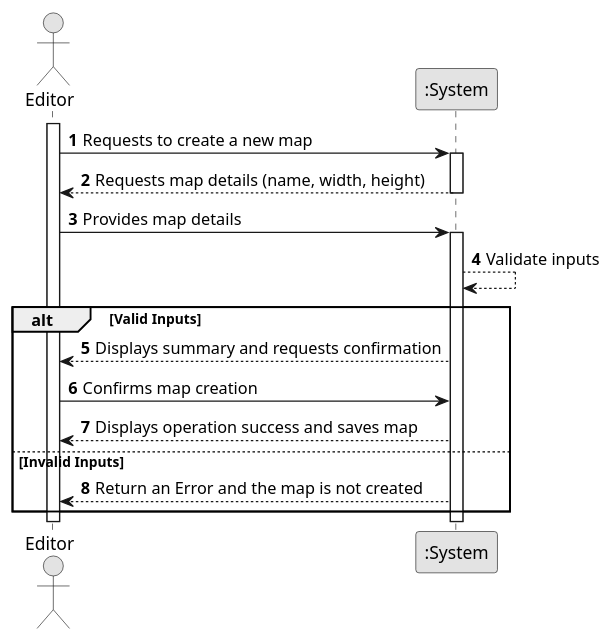
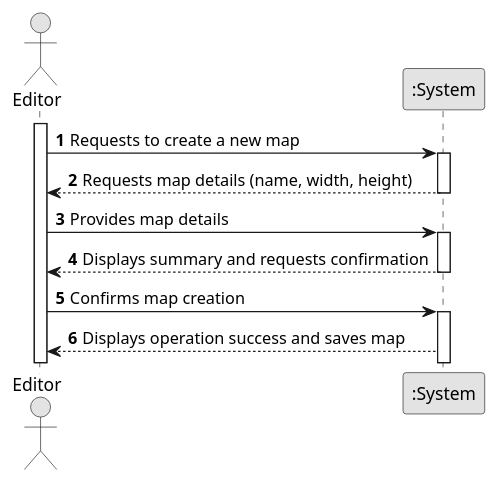
Before and after one commit to tomas-reis/sem2-pi-24.25-g153-repo: the diagram in docs/system-documentation/US/Sprint1/US001/01.requirements-engineering/puml/US001-SSD.puml, drawn with PlantUML. The commit also changed 3 other files, not shown here.

```diff
--- a/docs/system-documentation/US/Sprint1/US001/01.requirements-engineering/puml/US001-SSD.puml
+++ b/docs/system-documentation/US/Sprint1/US001/01.requirements-engineering/puml/US001-SSD.puml
@@ -1,33 +1,29 @@
 @startuml
 
 skinparam monochrome true
 skinparam packageStyle rectangle
 skinparam shadowing false
 
 autonumber
 
 actor "Editor" as Editor
 participant ":System" as System
 
 activate Editor
 
 Editor -> System : Requests to create a new map
 activate System
 
 System --> Editor : Requests map details (name, width, height)
 deactivate System
 
 Editor -> System : Provides map details
 activate System
 
-System --> System : Validate inputs
-
-alt Valid Inputs
     System --> Editor : Displays summary and requests confirmation
+    deactivate System
     Editor -> System : Confirms map creation
+    activate System
     System --> Editor : Displays operation success and saves map
 
-else Invalid Inputs
-    System --> Editor : Return an Error and the map is not created
-end
 @enduml
```
